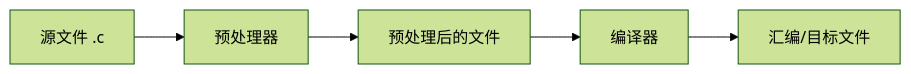
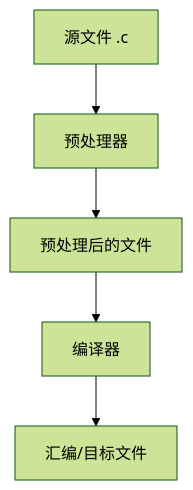
The diagram in content/articles/c/c-10-预处理器与宏.md (jpixy/jpixy.github.io), drawn with Mermaid (forest theme) before and after one commit. The commit also changed 51 other files, not shown here.

First line of the commit message:
feat: add 19 Linux tool deep-dive articles and fix Mermaid layouts

````diff
--- a/content/articles/c/c-10-预处理器与宏.md
+++ b/content/articles/c/c-10-预处理器与宏.md
@@ -13,7 +13,7 @@
 ```mermaid
-graph LR
+graph TB
     A[源文件 .c] --> B[预处理器]
     B --> C[预处理后的文件]
     C --> D[编译器]
     D --> E[汇编/目标文件]
 ```
````
